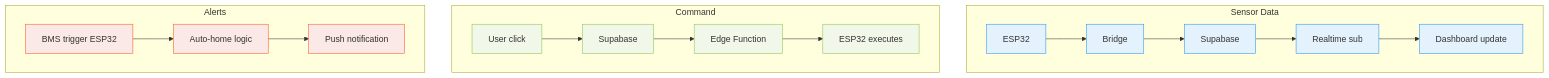
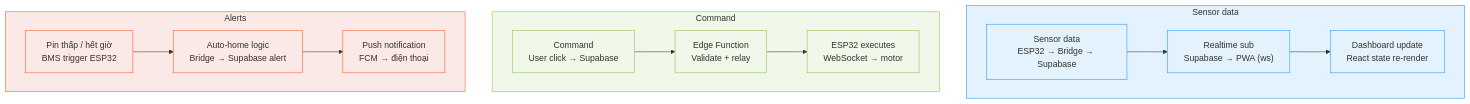
The second of 2 diagrams in README.md (emyeukhoahocfpt-a1009/green-urban-robot), drawn with Mermaid before and after one commit. The commit also changed other lines of this file and 2 other files, not shown here.

````diff
--- a/README.md
+++ b/README.md
@@ -108,22 +103,25 @@
 ```mermaid
 graph TD
-    subgraph S_Flow ["Sensor Data"]
-        S1[ESP32] --> S2[Bridge] --> S3[Supabase] --> S4[Realtime sub] --> S5[Dashboard update]
-    end
-
-    subgraph C_Flow ["Command"]
-        C1[User click] --> C2[Supabase] --> C3[Edge Function] --> C4[ESP32 executes]
-    end
-
-    subgraph A_Flow ["Alerts"]
-        A1[BMS trigger ESP32] --> A2[Auto-home logic] --> A3[Push notification]
-    end
-
     classDef sensor fill:#e3f2fd,stroke:#2196f3,stroke-width:1px;
     classDef command fill:#f1f8e9,stroke:#8bc34a,stroke-width:1px;
     classDef alert fill:#fbe9e7,stroke:#ff5722,stroke-width:1px;
 
-    class S1,S2,S3,S4,S5 sensor;
-    class C1,C2,C3,C4 command;
-    class A1,A2,A3 alert;
+    subgraph S_Flow ["Sensor data"]
+        direction LR
+        S1["Sensor data<br/>ESP32 → Bridge → Supabase"] --> S2["Realtime sub<br/>Supabase → PWA (ws)"] --> S3["Dashboard update<br/>React state re-render"]
+    end
+
+    subgraph C_Flow ["Command"]
+        direction LR
+        C1["Command<br/>User click → Supabase"] --> C2["Edge Function<br/>Validate + relay"] --> C3["ESP32 executes<br/>WebSocket → motor"]
+    end
+
+    subgraph A_Flow ["Alerts"]
+        direction LR
+        A1["Pin thấp / hết giờ<br/>BMS trigger ESP32"] --> A2["Auto-home logic<br/>Bridge → Supabase alert"] --> A3["Push notification<br/>FCM → điện thoại"]
+    end
+
+    class S_Flow,S1,S2,S3 sensor;
+    class C_Flow,C1,C2,C3 command;
+    class A_Flow,A1,A2,A3 alert;
 ```
````
